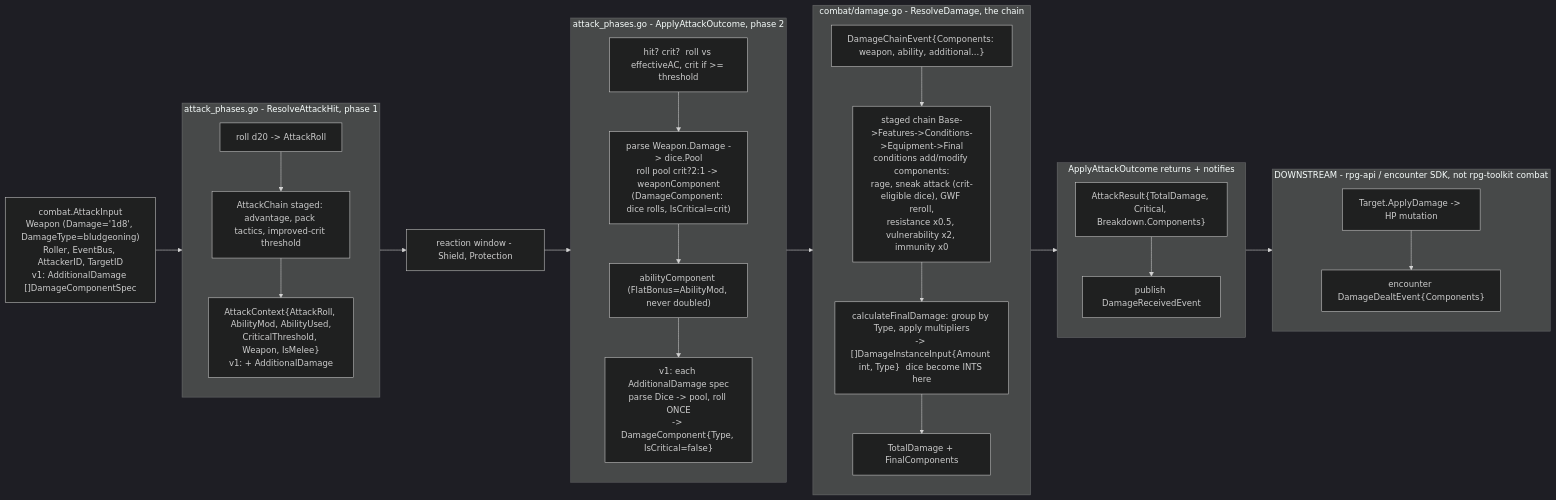
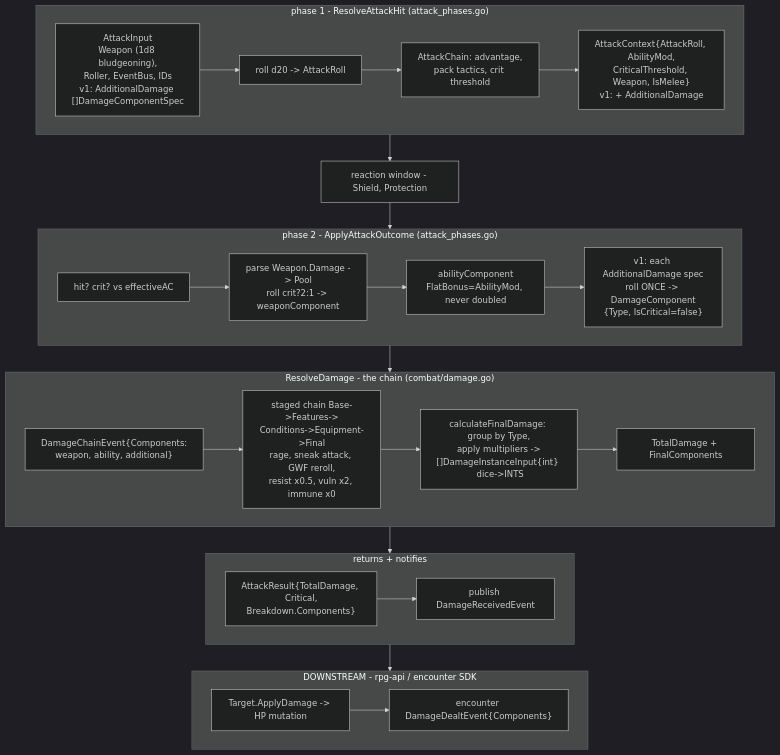
One commit to KirkDiggler/rpg-toolkit changed the diagram in docs/adr/0036-additional-damage-selective-crit.md. Above: the diagram before and after it, drawn with Mermaid (dark theme). The commit also changed 1 other file, not shown here.

Commit message:
docs(combat): restructure damage-flow diagram to multi-row
The single left-to-right row overflowed editors that do not wrap. Switch to
flowchart TD with each phase as a left-to-right row (direction LR inside each
subgraph), so the five phases stack vertically and fit without horizontal
scroll. Drop the useMaxWidth:false init so renderers scale to fit the pane.
Applied to both ADR-0036 and combat/architecture-overview.md.

````diff
--- a/docs/adr/0036-additional-damage-selective-crit.md
+++ b/docs/adr/0036-additional-damage-selective-crit.md
@@ -59,53 +59,51 @@
 ```mermaid
-%%{init: {'flowchart': {'useMaxWidth': false, 'htmlLabels': true}}}%%
-flowchart LR
-    AI["combat.AttackInput<br/>Weapon (Damage='1d8', DamageType=bludgeoning)<br/>Roller, EventBus, AttackerID, TargetID<br/>v1: AdditionalDamage []DamageComponentSpec"]
-
-    subgraph P1["attack_phases.go - ResolveAttackHit, phase 1"]
-        direction TB
+flowchart TD
+    subgraph P1["phase 1 - ResolveAttackHit (attack_phases.go)"]
+        direction LR
+        AI["AttackInput<br/>Weapon (1d8 bludgeoning),<br/>Roller, EventBus, IDs<br/>v1: AdditionalDamage []DamageComponentSpec"]
         R1["roll d20 -> AttackRoll"]
-        AC["AttackChain staged: advantage, pack tactics, improved-crit threshold"]
-        CTX["AttackContext{AttackRoll, AbilityMod, AbilityUsed,<br/>CriticalThreshold, Weapon, IsMelee}<br/>v1: + AdditionalDamage"]
-        R1 --> AC --> CTX
+        AC["AttackChain: advantage,<br/>pack tactics, crit threshold"]
+        CTX["AttackContext{AttackRoll, AbilityMod,<br/>CriticalThreshold, Weapon, IsMelee}<br/>v1: + AdditionalDamage"]
+        AI --> R1 --> AC --> CTX
     end
 
     WIN["reaction window - Shield, Protection"]
 
-    subgraph P2["attack_phases.go - ApplyAttackOutcome, phase 2"]
-        direction TB
-        HIT["hit? crit?  roll vs effectiveAC, crit if >= threshold"]
-        ROLL["parse Weapon.Damage -> dice.Pool<br/>roll pool crit?2:1 -> weaponComponent<br/>(DamageComponent: dice rolls, IsCritical=crit)"]
-        ABIL["abilityComponent (FlatBonus=AbilityMod, never doubled)"]
-        ADD["v1: each AdditionalDamage spec<br/>parse Dice -> pool, roll ONCE<br/>-> DamageComponent{Type, IsCritical=false}"]
+    subgraph P2["phase 2 - ApplyAttackOutcome (attack_phases.go)"]
+        direction LR
+        HIT["hit? crit? vs effectiveAC"]
+        ROLL["parse Weapon.Damage -> Pool<br/>roll crit?2:1 -> weaponComponent"]
+        ABIL["abilityComponent<br/>FlatBonus=AbilityMod, never doubled"]
+        ADD["v1: each AdditionalDamage spec<br/>roll ONCE -> DamageComponent<br/>{Type, IsCritical=false}"]
         HIT --> ROLL --> ABIL --> ADD
     end
 
-    subgraph CH["combat/damage.go - ResolveDamage, the chain"]
-        direction TB
-        CE["DamageChainEvent{Components: weapon, ability, additional...}"]
-        ST["staged chain Base->Features->Conditions->Equipment->Final<br/>conditions add/modify components:<br/>rage, sneak attack (crit-eligible dice), GWF reroll,<br/>resistance x0.5, vulnerability x2, immunity x0"]
-        CALC["calculateFinalDamage: group by Type, apply multipliers<br/>-> []DamageInstanceInput{Amount int, Type}  dice become INTS here"]
+    subgraph CH["ResolveDamage - the chain (combat/damage.go)"]
+        direction LR
+        CE["DamageChainEvent{Components:<br/>weapon, ability, additional}"]
+        ST["staged chain Base->Features-><br/>Conditions->Equipment->Final<br/>rage, sneak attack, GWF reroll,<br/>resist x0.5, vuln x2, immune x0"]
+        CALC["calculateFinalDamage: group by Type,<br/>apply multipliers -><br/>[]DamageInstanceInput{int}  dice->INTS"]
         TOTAL["TotalDamage + FinalComponents"]
         CE --> ST --> CALC --> TOTAL
     end
 
-    subgraph OUT["ApplyAttackOutcome returns + notifies"]
-        direction TB
-        AR["AttackResult{TotalDamage, Critical, Breakdown.Components}"]
+    subgraph OUT["returns + notifies"]
+        direction LR
+        AR["AttackResult{TotalDamage, Critical,<br/>Breakdown.Components}"]
         DRE["publish DamageReceivedEvent"]
         AR --> DRE
     end
 
-    subgraph DOWN["DOWNSTREAM - rpg-api / encounter SDK, not rpg-toolkit combat"]
-        direction TB
+    subgraph DOWN["DOWNSTREAM - rpg-api / encounter SDK"]
+        direction LR
         HP["Target.ApplyDamage -> HP mutation"]
         DDE["encounter DamageDealtEvent{Components}"]
         HP --> DDE
     end
 
-    AI --> R1
-    CTX --> WIN --> HIT
+    CTX --> WIN
+    WIN --> HIT
     ADD --> CE
     TOTAL --> AR
     DRE --> HP
 ```
````
